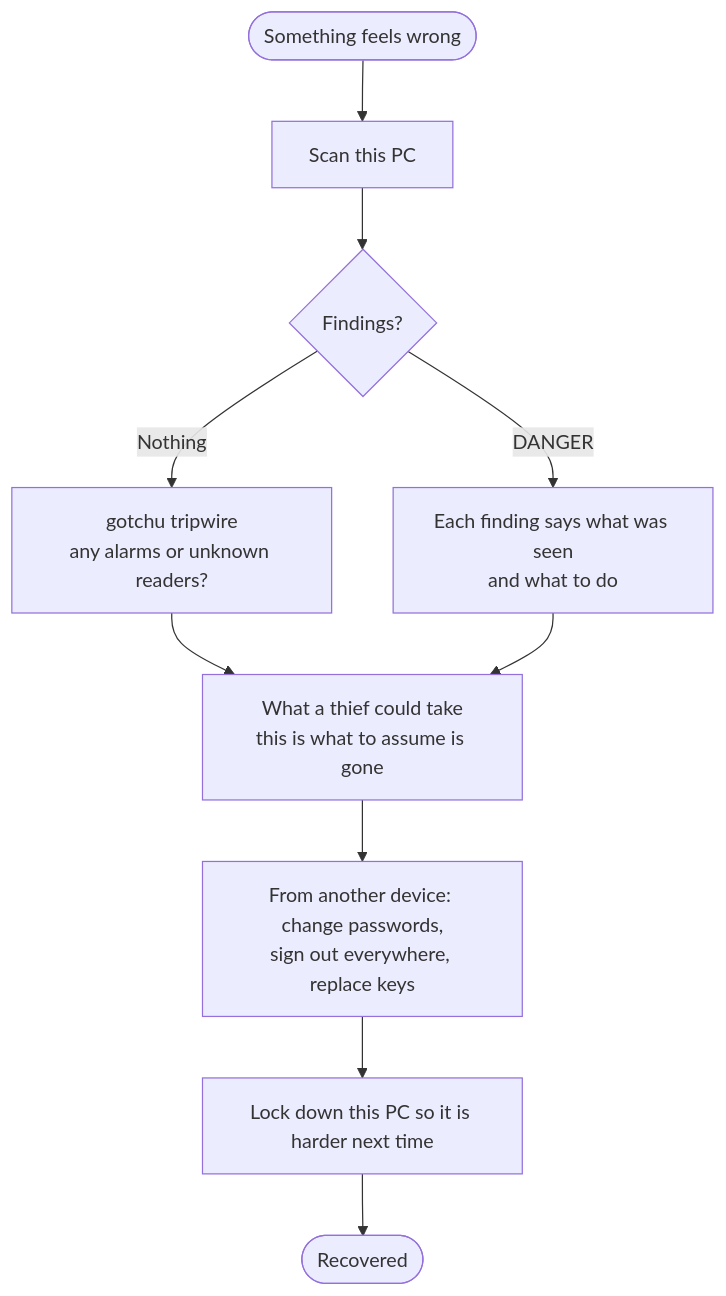
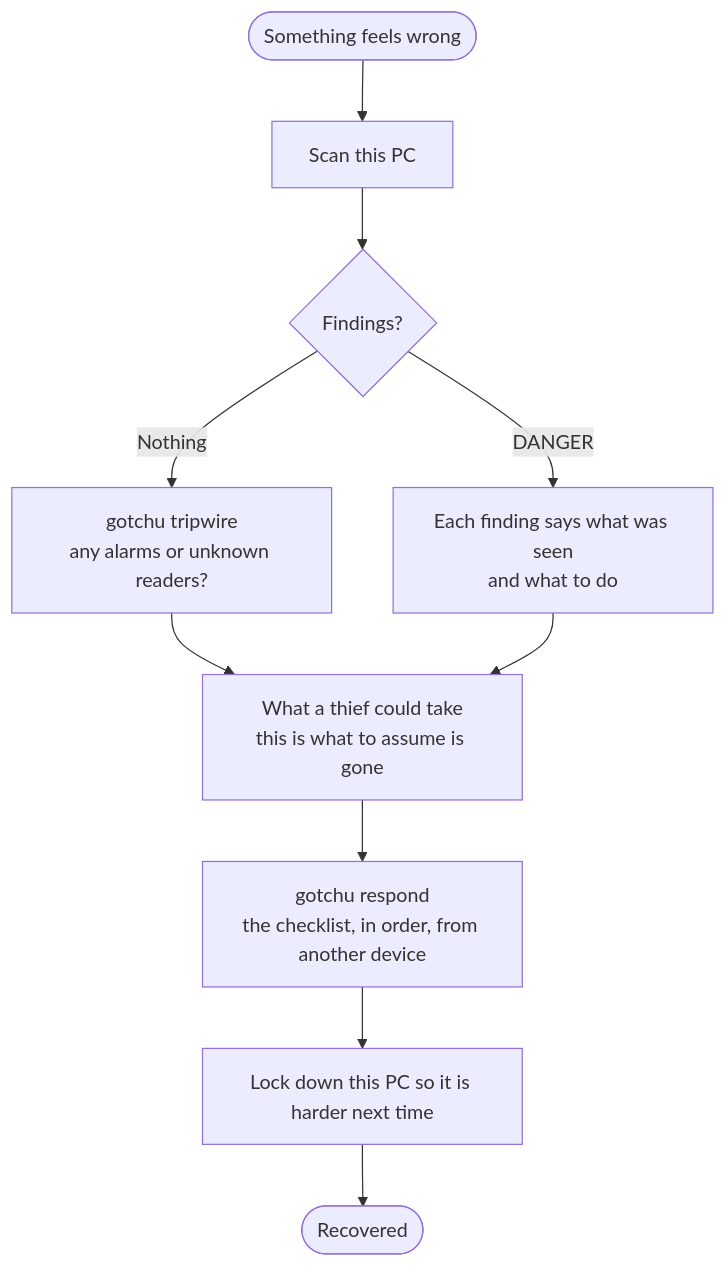
The fifth of 6 diagrams in docs/USER_FLOWS.md (AnshMittal08/GotchU), drawn with Mermaid before and after one commit. The commit also changed 22 other files, not shown here.

````diff
--- a/docs/USER_FLOWS.md
+++ b/docs/USER_FLOWS.md
@@ -86,12 +86,12 @@
 ```mermaid
 flowchart TB
     worry(["Something feels wrong"]) --> scan["Scan this PC"]
     scan --> found{"Findings?"}
     found -- "DANGER" --> act["Each finding says what was seen<br/>and what to do"]
     found -- "Nothing" --> trip["gotchu tripwire<br/>any alarms or unknown readers?"]
     trip --> exp["What a thief could take<br/>this is what to assume is gone"]
     act --> exp
-    exp --> change["From another device: change passwords,<br/>sign out everywhere, replace keys"]
+    exp --> change["gotchu respond<br/>the checklist, in order, from another device"]
     change --> harden["Lock down this PC so it is harder next time"]
     harden --> done(["Recovered"])
 ```
````
